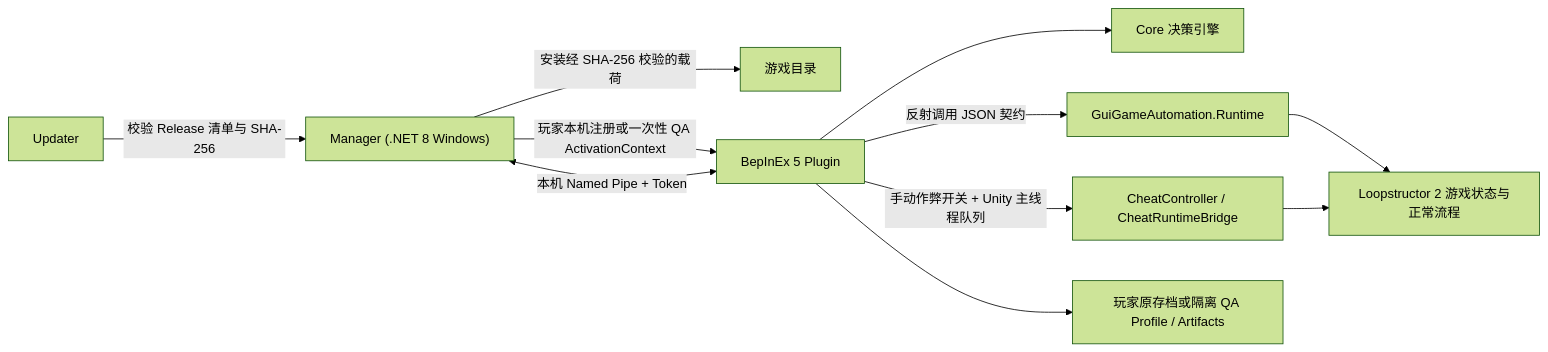
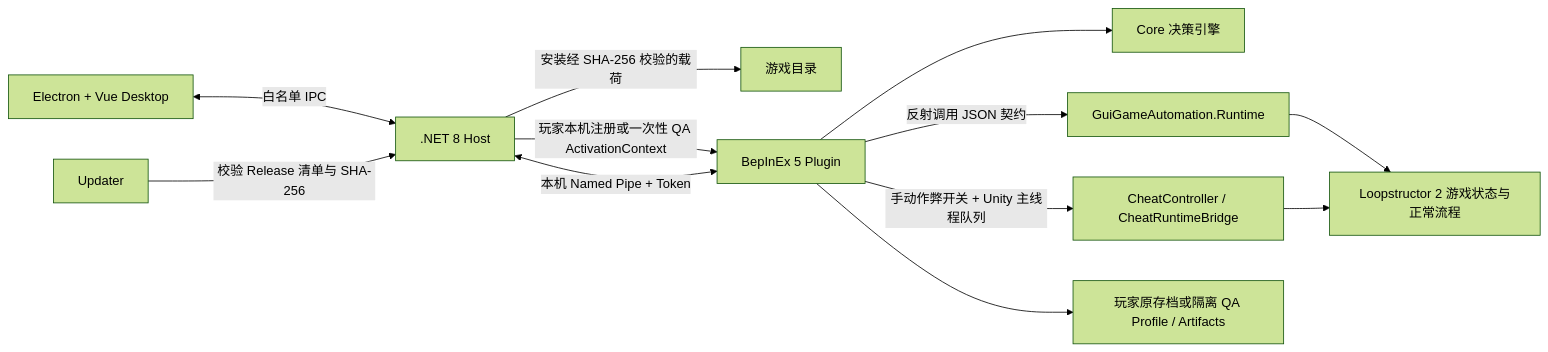
Before and after one commit to yingyu4451/Loopstructor-2-AutoPlayer: the diagram in docs/architecture.md, drawn with Mermaid (forest theme). The commit also changed other lines of this file and 69 other files, not shown here.

Commit message:
feat: migrate manager to Electron and Vue

````diff
--- a/docs/architecture.md
+++ b/docs/architecture.md
@@ -9,13 +9,14 @@
 ```mermaid
 flowchart LR
-    M["Manager (.NET 8 Windows)"] -->|"安装经 SHA-256 校验的载荷"| G["游戏目录"]
+    D["Electron + Vue Desktop"] <-->|"白名单 IPC"| M[".NET 8 Host"]
+    M -->|"安装经 SHA-256 校验的载荷"| G["游戏目录"]
     M -->|"玩家本机注册或一次性 QA ActivationContext"| P["BepInEx 5 Plugin"]
     M <-->|"本机 Named Pipe + Token"| P
     P --> C["Core 决策引擎"]
     P -->|"反射调用 JSON 契约"| R["GuiGameAutomation.Runtime"]
     R --> S["Loopstructor 2 游戏状态与正常流程"]
     P -->|"手动作弊开关 + Unity 主线程队列"| H["CheatController / CheatRuntimeBridge"]
     H --> S
     P --> Q["玩家原存档或隔离 QA Profile / Artifacts"]
     U["Updater"] -->|"校验 Release 清单与 SHA-256"| M
 ```
````
